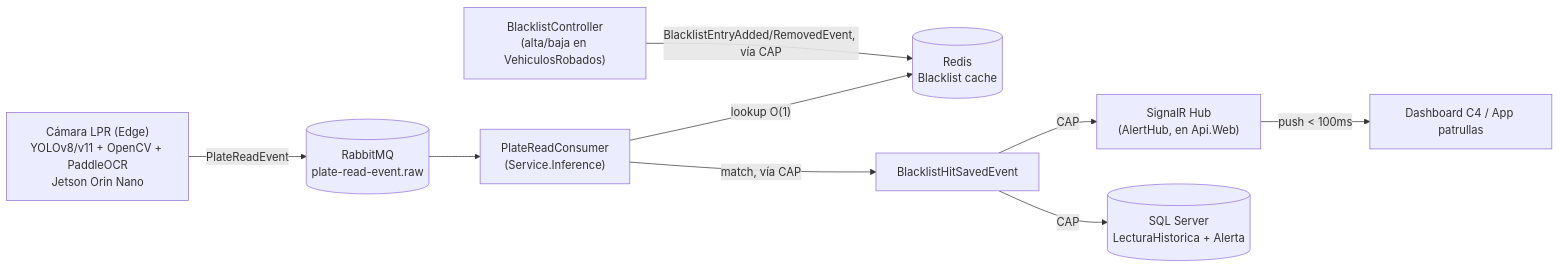
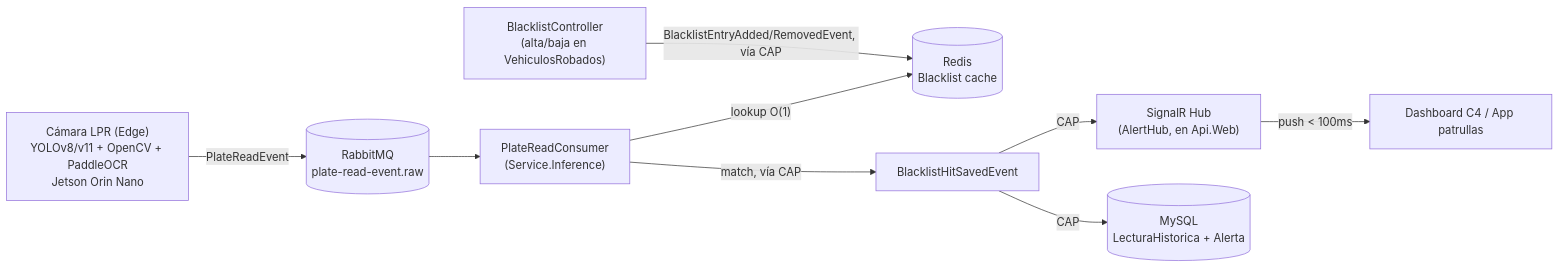
One commit to ricardomundo/SistemaMunicipaLPR changed the diagram in docs/ArchitectureGuide.md. Above: the diagram before and after it, drawn with Mermaid. The commit also changed other lines of this file and 28 other files, not shown here.

````diff
--- a/docs/ArchitectureGuide.md
+++ b/docs/ArchitectureGuide.md
@@ -31,11 +30,11 @@
 ```mermaid
 flowchart LR
     CAM["Cámara LPR (Edge)\nYOLOv8/v11 + OpenCV + PaddleOCR\nJetson Orin Nano"] -->|PlateReadEvent| RAWQ[("RabbitMQ\nplate-read-event.raw")]
     RAWQ --> CONS["PlateReadConsumer\n(Service.Inference)"]
     CONS -->|"lookup O(1)"| REDIS[("Redis\nBlacklist cache")]
     CONS -->|"match, vía CAP"| ALERT["BlacklistHitSavedEvent"]
     ALERT -->|CAP| HUB["SignalR Hub\n(AlertHub, en Api.Web)"]
     HUB -->|"push < 100ms"| C4["Dashboard C4 / App patrullas"]
-    ALERT -->|CAP| SQL[("SQL Server\nLecturaHistorica + Alerta")]
+    ALERT -->|CAP| SQL[("MySQL\nLecturaHistorica + Alerta")]
     ADMIN["BlacklistController\n(alta/baja en VehiculosRobados)"] -->|"BlacklistEntryAdded/RemovedEvent, vía CAP"| REDIS
 ```
````
